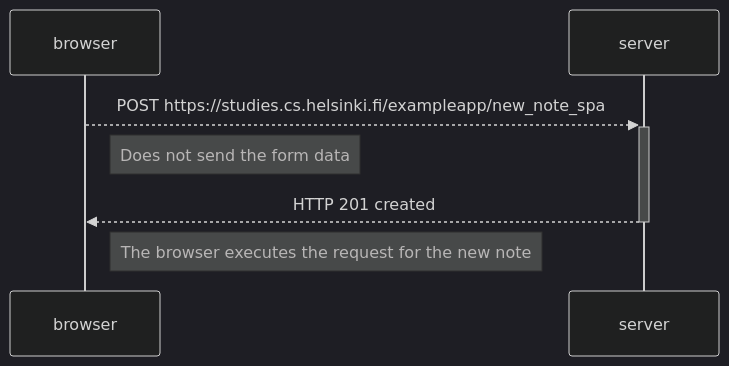
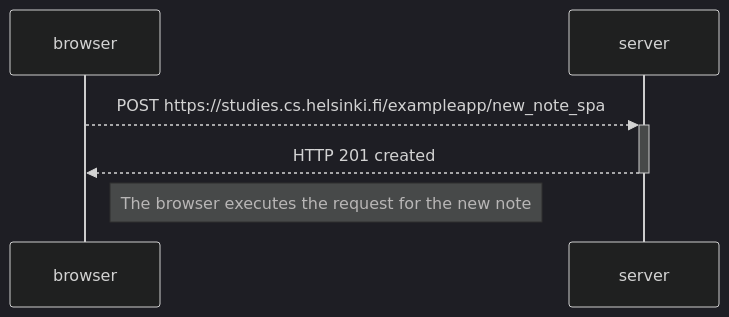
The diagram in part0/0.6-New-note-in-Single-page-app-diagram.md (OkYongChoi/full-stack-open), drawn with Mermaid (dark theme) before and after one commit.

````diff
--- a/part0/0.6-New-note-in-Single-page-app-diagram.md
+++ b/part0/0.6-New-note-in-Single-page-app-diagram.md
@@ -4,10 +4,9 @@
 ```mermaid
 sequenceDiagram
     participant browser
     participant server
 
     browser-->>+server: POST https://studies.cs.helsinki.fi/exampleapp/new_note_spa
-    Note right of browser: Does not send the form data
     server-->>-browser: HTTP 201 created
     Note right of browser: The browser executes the request for the new note
 ```
````
